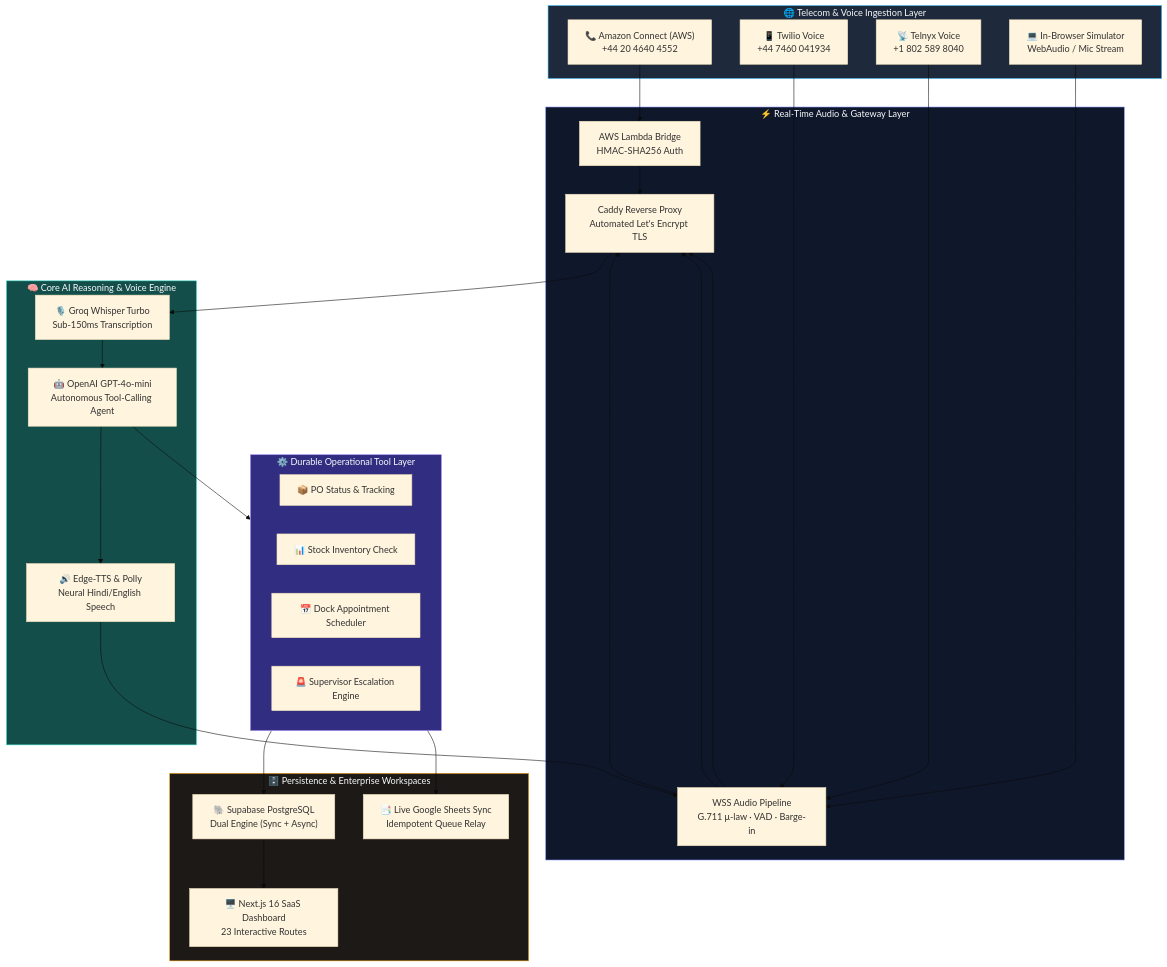
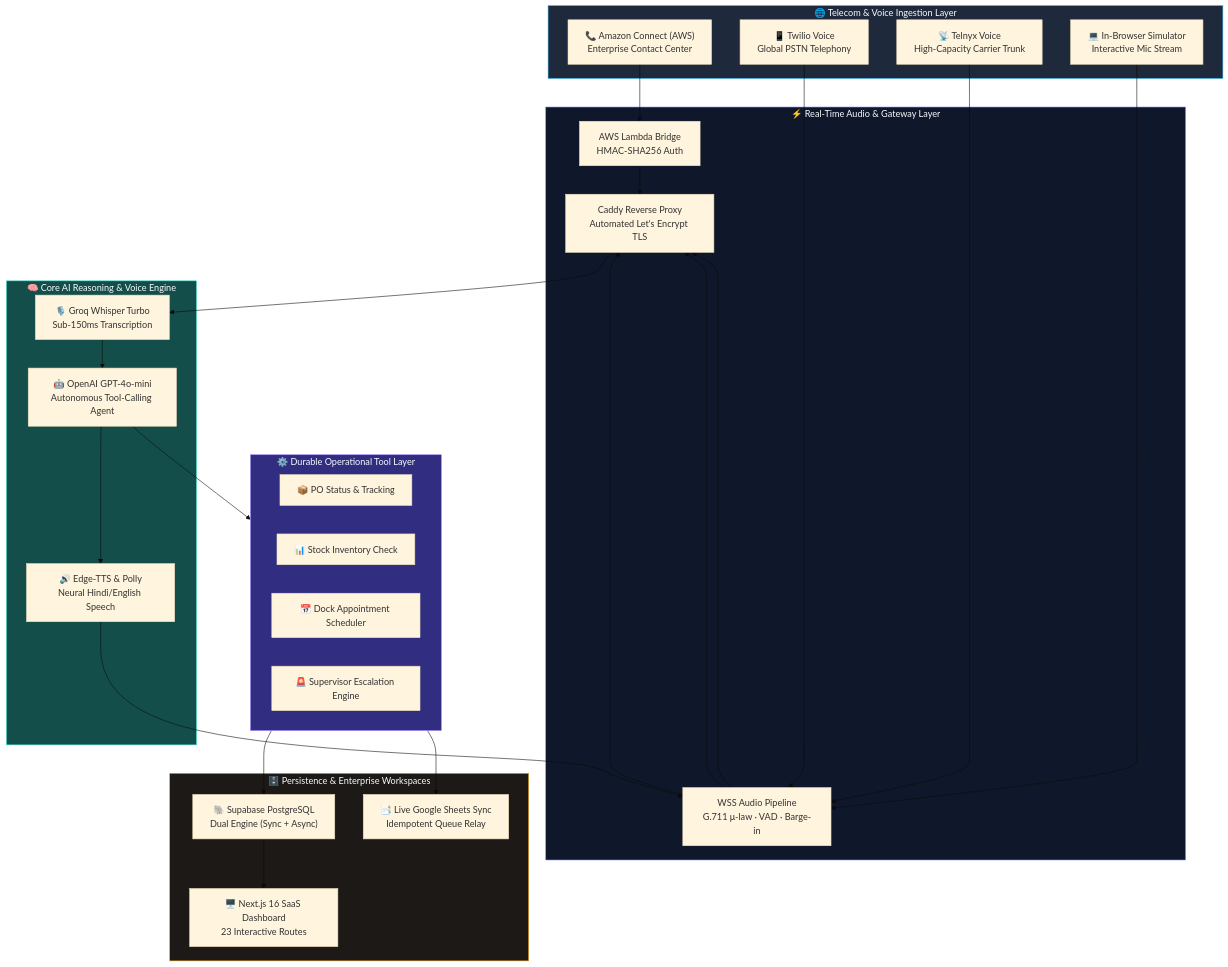
Before and after one commit to jeevesh2515/voxflow-voice-agent: the diagram in README.md, drawn with Mermaid (base theme). The commit also changed other lines of this file and 1 other file, not shown here.

Commit message:
docs: sanitize public phone numbers and add enterprise inquiries contact section

````diff
--- a/README.md
+++ b/README.md
@@ -63,52 +63,52 @@
 ```mermaid
 flowchart TB
     subgraph Carriers["🌐 Telecom & Voice Ingestion Layer"]
-        AWS["📞 Amazon Connect (AWS)<br/>+44 20 4640 4552"]
-        TW["📱 Twilio Voice<br/>+44 7460 041934"]
-        TX["📡 Telnyx Voice<br/>+1 802 589 8040"]
-        WEB["💻 In-Browser Simulator<br/>WebAudio / Mic Stream"]
+        AWS["📞 Amazon Connect (AWS)<br/>Enterprise Contact Center"]
+        TW["📱 Twilio Voice<br/>Global PSTN Telephony"]
+        TX["📡 Telnyx Voice<br/>High-Capacity Carrier Trunk"]
+        WEB["💻 In-Browser Simulator<br/>Interactive Mic Stream"]
     end
 
     subgraph Streaming["⚡ Real-Time Audio & Gateway Layer"]
         LMB["AWS Lambda Bridge<br/>HMAC-SHA256 Auth"]
         WSS["WSS Audio Pipeline<br/>G.711 μ-law · VAD · Barge-in"]
         CAD["Caddy Reverse Proxy<br/>Automated Let's Encrypt TLS"]
     end
 
     subgraph Intelligence["🧠 Core AI Reasoning & Voice Engine"]
         STT["🎙️ Groq Whisper Turbo<br/>Sub-150ms Transcription"]
         LLM["🤖 OpenAI GPT-4o-mini<br/>Autonomous Tool-Calling Agent"]
         TTS["🔊 Edge-TTS & Polly<br/>Neural Hindi/English Speech"]
     end
 
     subgraph Tools["⚙️ Durable Operational Tool Layer"]
         T1["📦 PO Status & Tracking"]
         T2["📊 Stock Inventory Check"]
         T3["📅 Dock Appointment Scheduler"]
         T4["🚨 Supervisor Escalation Engine"]
     end
 
     subgraph Storage["🗄️ Persistence & Enterprise Workspaces"]
         PG["🐘 Supabase PostgreSQL<br/>Dual Engine (Sync + Async)"]
         GS["📑 Live Google Sheets Sync<br/>Idempotent Queue Relay"]
         DASH["🖥️ Next.js 16 SaaS Dashboard<br/>23 Interactive Routes"]
     end
 
     AWS --> LMB --> CAD
     TW --> WSS --> CAD
     TX --> WSS --> CAD
     WEB --> WSS --> CAD
 
     CAD --> STT --> LLM --> TTS --> WSS
     LLM --> Tools
 
     Tools --> PG
     Tools --> GS
     PG --> DASH
 
     style Carriers fill:#1E293B,stroke:#38BDF8,color:#F8FAFC
     style Streaming fill:#0F172A,stroke:#818CF8,color:#F8FAFC
     style Intelligence fill:#134E4A,stroke:#2DD4BF,color:#F8FAFC
     style Tools fill:#312E81,stroke:#A78BFA,color:#F8FAFC
     style Storage fill:#1C1917,stroke:#F59E0B,color:#F8FAFC
 ```
````
